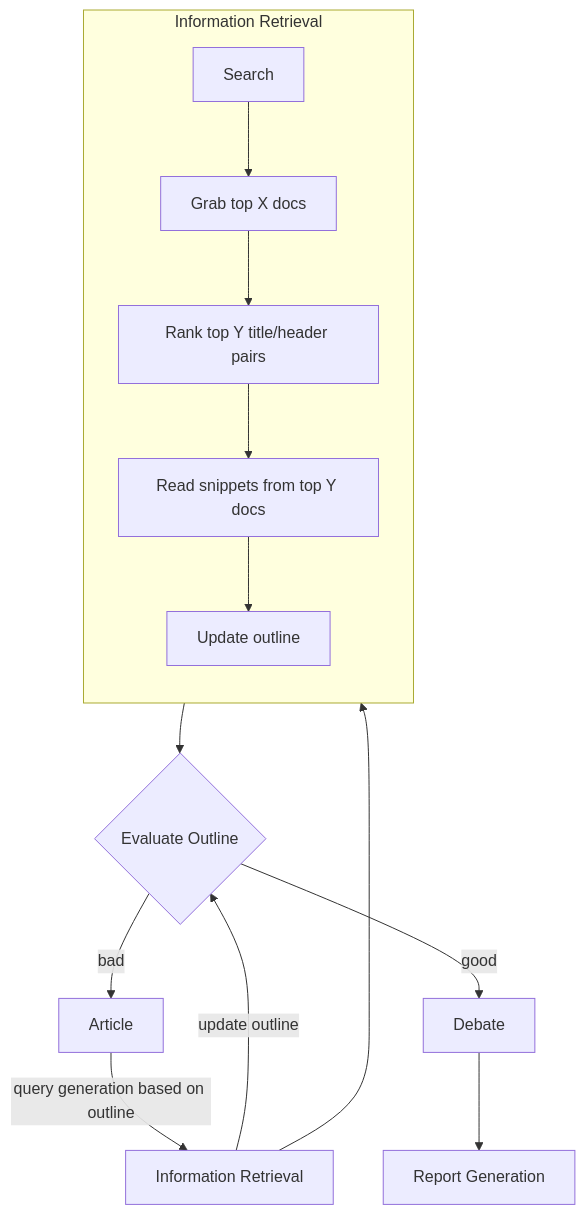
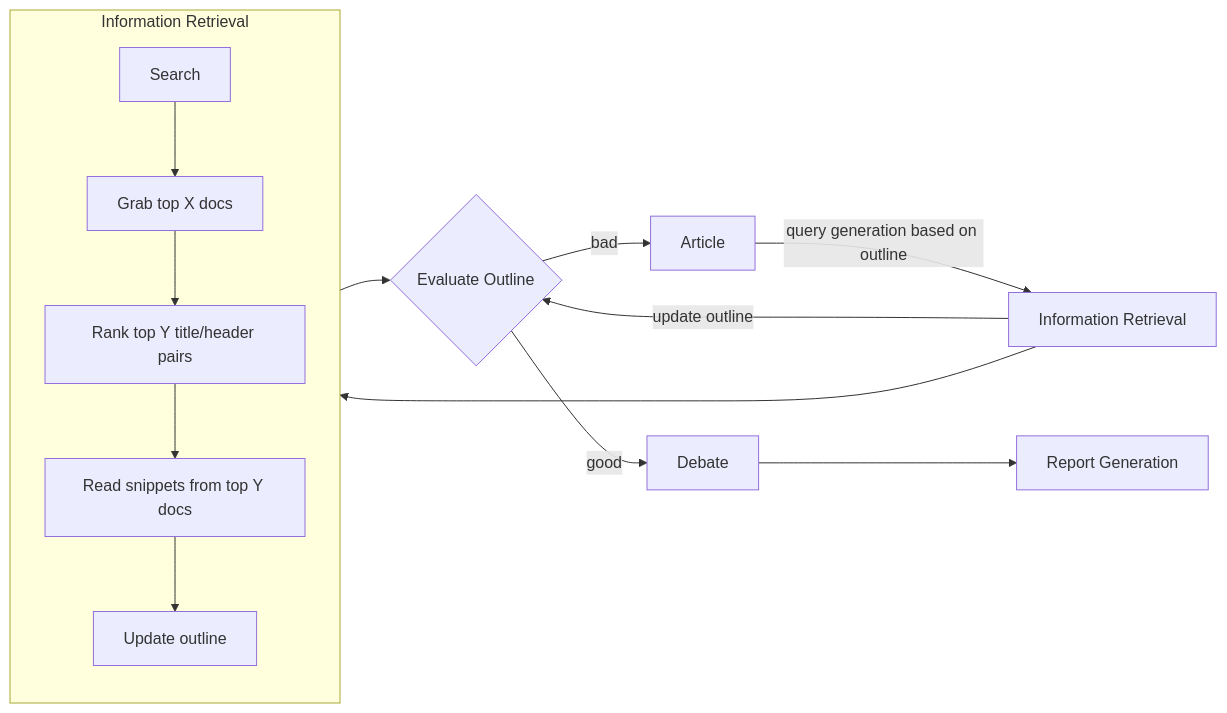
The first of 2 diagrams in README.md (Daniel-Seredensky/TrecDylanDan), drawn with Mermaid before and after one commit.

````diff
--- a/README.md
+++ b/README.md
@@ -5,27 +5,27 @@
 ``` mermaid 
-flowchart TD
+flowchart LR
   %% Main flow
   A[Article] 
     -->|query generation based on outline| B[Information Retrieval]
   B 
     -->|update outline| C{Evaluate Outline}
   C 
     -->|bad| A
   C 
     -->|good| D[Debate]
   D --> E[Report Generation]
 
   %% Sub-process for Information Retrieval
   subgraph "Information Retrieval"
     direction TB
     IR1[Search] 
       --> IR2[Grab top X docs]
     IR2 --> IR3[Rank top Y title/header pairs]
     IR3 --> IR4[Read snippets from top Y docs]
     IR4 --> IR5[Update outline]
   end
 
   %% Hook subgraph back into main flow
   B --> IR1
   IR5 --> C
 ```
````
